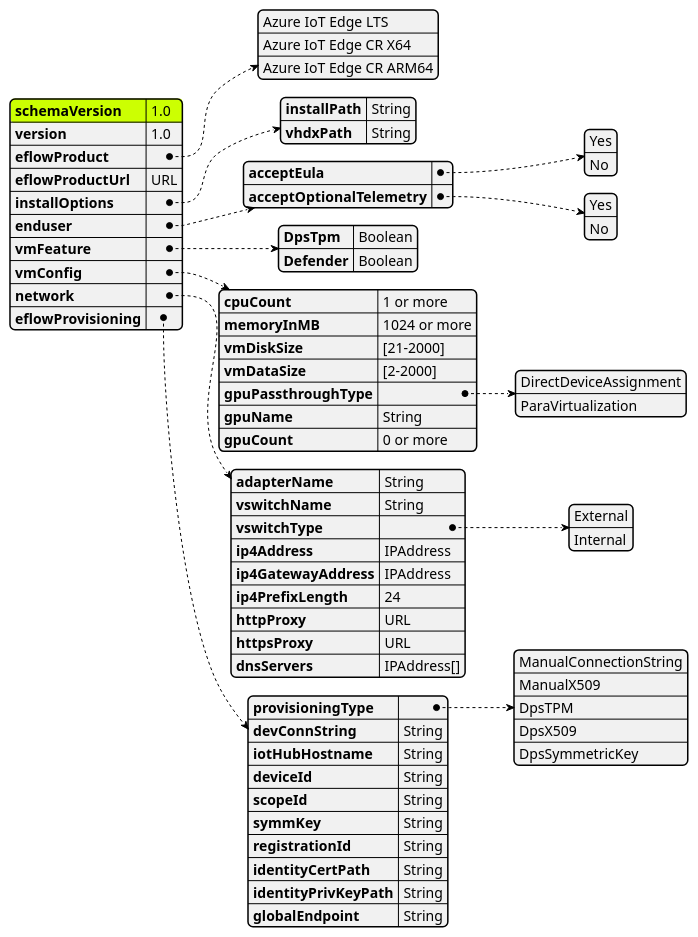
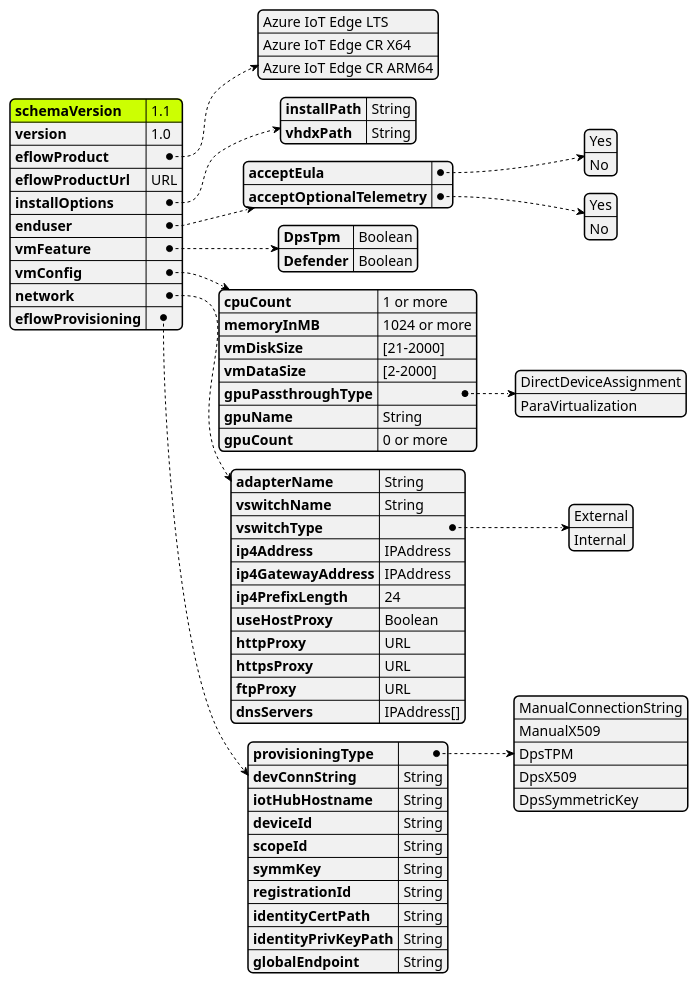
The diagram in eflowautodeploy/eflow-userconfig.puml (Azure/iotedge-eflow), drawn with PlantUML before and after one commit. The commit also changed 5 other files, not shown here.

```diff
--- a/eflowautodeploy/eflow-userconfig.puml
+++ b/eflowautodeploy/eflow-userconfig.puml
@@ -1,77 +1,79 @@
 @startjson eflowAutoDeploy
 <style>
 jsonDiagram {
   node {
     FontName Segoe UI SemiBold
     FontColor blue
     FontSize 14
     RoundCorner 10
     LineThickness 1
     separator {
       LineThickness 0.25
       LineColor black
     }
   }
   arrow {
     LineColor blue
     LineThickness 1
     LineStyle 2;5
   }
   highlight {
       BackgroundColor Blue
       FontColor White
   }
 }
 </style>
 #highlight "schemaVersion"
 {
-    "schemaVersion":"1.0",
+    "schemaVersion":"1.1",
     "version":"1.0",
     "eflowProduct" :["Azure IoT Edge LTS", "Azure IoT Edge CR X64","Azure IoT Edge CR ARM64"],
     "eflowProductUrl" : "URL",
     "installOptions":{
         "installPath":"String",
         "vhdxPath":"String"
     },
     "enduser":{
         "acceptEula" : ["Yes","No"],
         "acceptOptionalTelemetry" : ["Yes","No"]
     },
     "vmFeature":{
         "DpsTpm": "Boolean",
         "Defender": "Boolean"
     },
     "vmConfig":{
         "cpuCount" : "1 or more",
         "memoryInMB" : "1024 or more",
         "vmDiskSize" : "[21-2000]",
         "vmDataSize" : "[2-2000]",
         "gpuPassthroughType" : ["DirectDeviceAssignment", "ParaVirtualization"],
         "gpuName" : "String",
         "gpuCount" : "0 or more"
     },
     "network":{
         "adapterName": "String",
         "vswitchName" : "String",
         "vswitchType" : ["External", "Internal"],
         "ip4Address": "IPAddress",
         "ip4GatewayAddress": "IPAddress",
         "ip4PrefixLength" : "24",
+        "useHostProxy" : "Boolean",
         "httpProxy":"URL",
         "httpsProxy":"URL",
+        "ftpProxy":"URL",
         "dnsServers":"IPAddress[]"
     },
     "eflowProvisioning":{
         "provisioningType" : ["ManualConnectionString","ManualX509","DpsTPM","DpsX509","DpsSymmetricKey"],
         "devConnString" : "String",
         "iotHubHostname" : "String",
         "deviceId" : "String",
         "scopeId" : "String",
         "symmKey": "String",
         "registrationId" : "String",
         "identityCertPath" : "String",
         "identityPrivKeyPath" : "String",
         "globalEndpoint" : "String"
     }
 }
 @endjson
```
